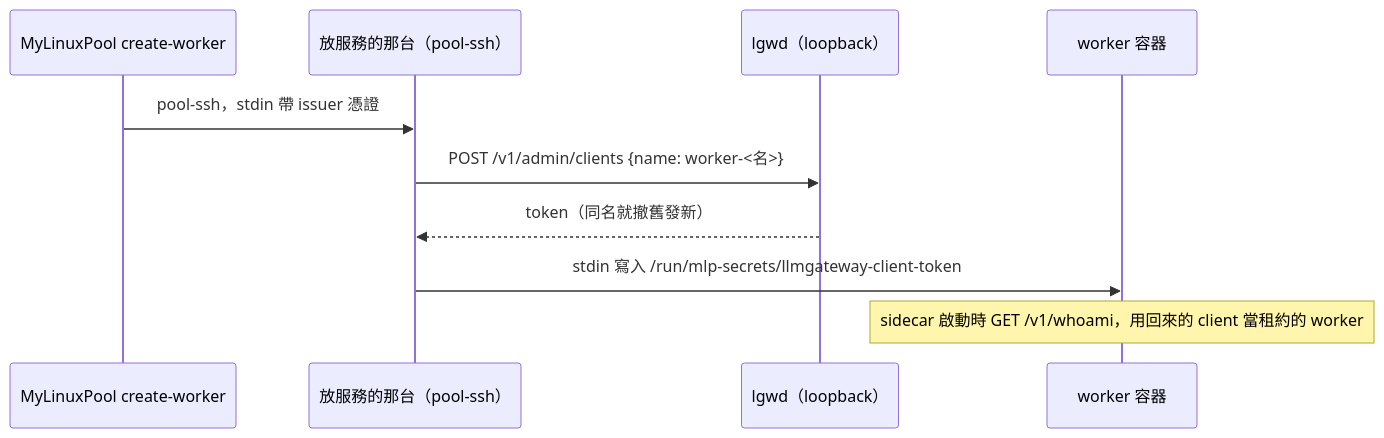
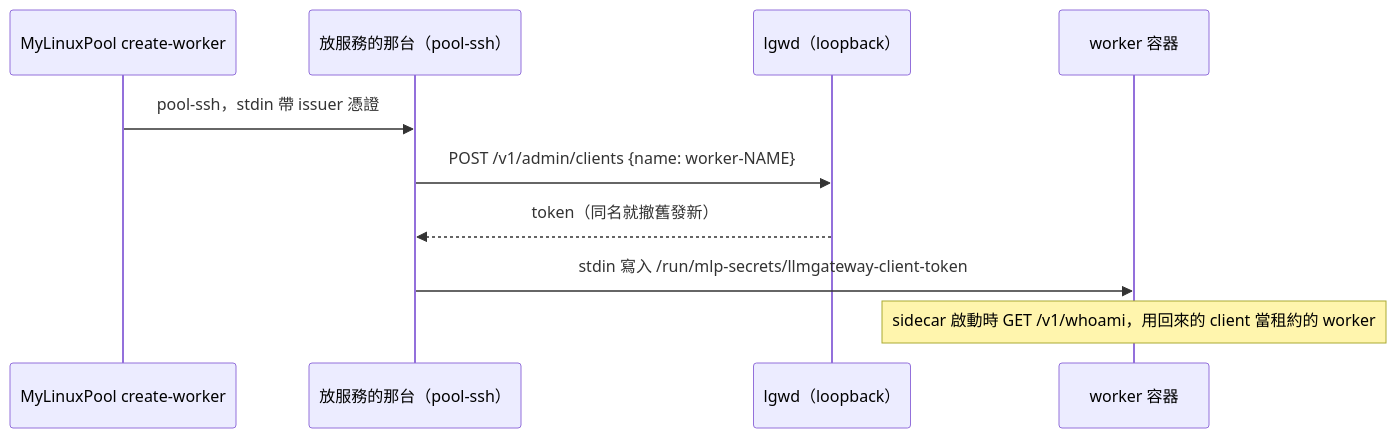
Before and after one commit to FATESAIKOU/LLMGateway: the fourth of 6 diagrams in openspec/changes/gateway-v0/diagrams.md, drawn with Mermaid. The commit also changed other lines of this file, not shown here.

Commit message:
diagrams: avoid angle brackets in sequence messages (#8)

````diff
--- a/openspec/changes/gateway-v0/diagrams.md
+++ b/openspec/changes/gateway-v0/diagrams.md
@@ -113,12 +113,12 @@
 ```mermaid
 sequenceDiagram
   participant WF as MyLinuxPool create-worker
   participant H as 放服務的那台（pool-ssh）
   participant L as lgwd（loopback）
   participant W as worker 容器
   WF->>H: pool-ssh，stdin 帶 issuer 憑證
-  H->>L: POST /v1/admin/clients {name: worker-<名>}
+  H->>L: POST /v1/admin/clients {name: worker-NAME}
   L-->>H: token（同名就撤舊發新）
   H->>W: stdin 寫入 /run/mlp-secrets/llmgateway-client-token
   Note over W: sidecar 啟動時 GET /v1/whoami，用回來的 client 當租約的 worker
 ```
````
